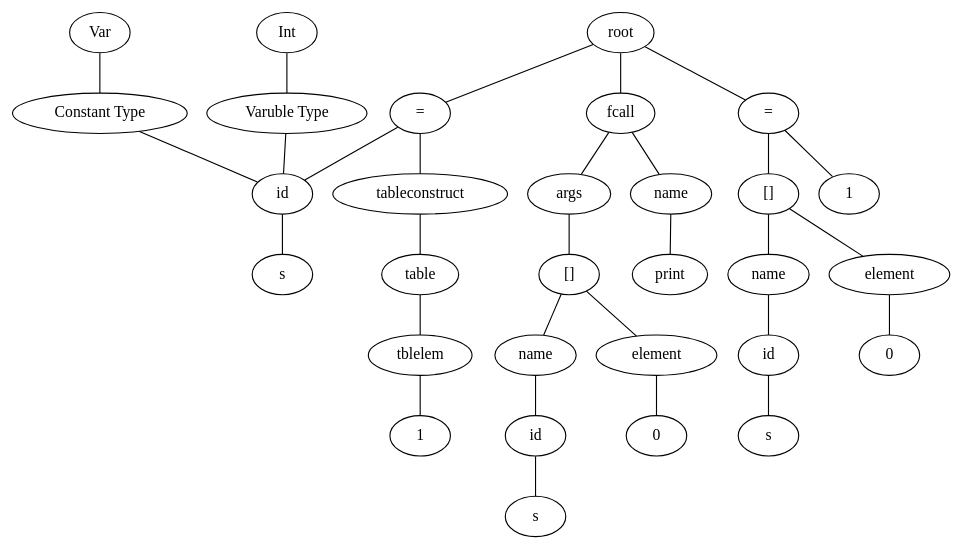
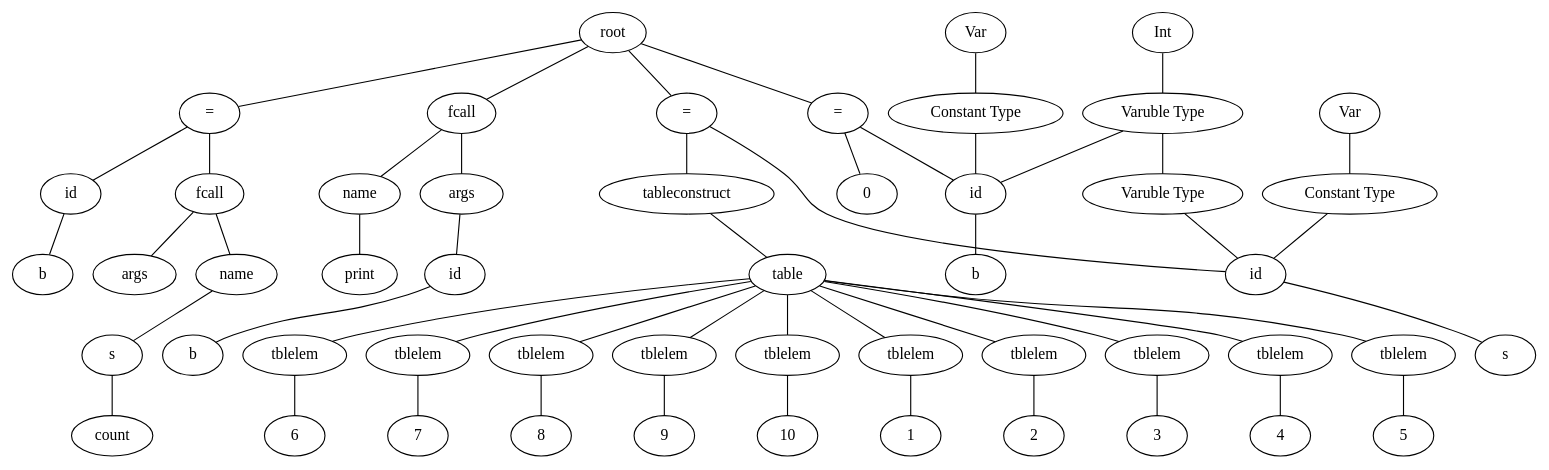
The diagram in build/file.dot (TAIIOK/SwiftCompilerToJavaByteCode), drawn with Graphviz before and after one commit. The commit also changed 15 other files, not shown here.

```diff
--- a/build/file.dot
+++ b/build/file.dot
@@ -1,61 +1,105 @@
 graph graphname {
 root;
 assign0[label = "="];
 root--assign0;
 expr0[label = "id"];
 assign0--expr0;
 type0[label = "Varuble Type"];
 type0--expr0;
 type1[label = "Int"];
 type1--type0;
 consttype0[label = "Constant Type"];
 consttype0--expr0;
 consttype1[label = "Var"];
 consttype1--consttype0;
 expr1[label = "s"];
 expr0--expr1;
 expr2[label = "tableconstruct"];
 assign0--expr2;
 table0[label = "table"];
 expr2--table0;
 table00[label = "tblelem"];
 table0--table00;
 expr3[label = "1"];
 table00--expr3;
+table01[label = "tblelem"];
+table0--table01;
+expr4[label = "2"];
+table01--expr4;
+table02[label = "tblelem"];
+table0--table02;
+expr5[label = "3"];
+table02--expr5;
+table03[label = "tblelem"];
+table0--table03;
+expr6[label = "4"];
+table03--expr6;
+table04[label = "tblelem"];
+table0--table04;
+expr7[label = "5"];
+table04--expr7;
+table05[label = "tblelem"];
+table0--table05;
+expr8[label = "6"];
+table05--expr8;
+table06[label = "tblelem"];
+table0--table06;
+expr9[label = "7"];
+table06--expr9;
+table07[label = "tblelem"];
+table0--table07;
+expr10[label = "8"];
+table07--expr10;
+table08[label = "tblelem"];
+table0--table08;
+expr11[label = "9"];
+table08--expr11;
+table09[label = "tblelem"];
+table0--table09;
+expr12[label = "10"];
+table09--expr12;
 assign1[label = "="];
 root--assign1;
-expr4[label = "[]"];
-assign1--expr4;
-expr4name[label = "name"];
-expr5[label = "id"];
-expr4name--expr5;
-expr6[label = "s"];
-expr5--expr6;
-expr4--expr4name;
-expr4args[label = " element "];
-expr4 -- expr4args;
-expr7[label = "0"];
-expr4args--expr7;
-expr8[label = "1"];
-assign1--expr8;
-expr9[label = "fcall"];
-root--expr9;
-expr9name[label = "name"];
-expr10[label = "print"];
-expr9name--expr10;
-expr9--expr9name;
-expr9args[label = " args "];
-expr9 -- expr9args;
-expr11[label = "[]"];
-expr9args--expr11;
-expr11name[label = "name"];
-expr12[label = "id"];
-expr11name--expr12;
-expr13[label = "s"];
-expr12--expr13;
-expr11--expr11name;
-expr11args[label = " element "];
-expr11 -- expr11args;
-expr14[label = "0"];
-expr11args--expr14;
+expr13[label = "id"];
+assign1--expr13;
+type1[label = "Varuble Type"];
+type1--expr13;
+type2[label = "Int"];
+type2--type1;
+consttype2[label = "Constant Type"];
+consttype2--expr13;
+consttype3[label = "Var"];
+consttype3--consttype2;
+expr14[label = "b"];
+expr13--expr14;
+expr15[label = "0"];
+assign1--expr15;
+assign2[label = "="];
+root--assign2;
+expr16[label = "id"];
+assign2--expr16;
+expr17[label = "b"];
+expr16--expr17;
+expr18[label = "fcall"];
+assign2--expr18;
+expr18name[label = "name"];
+expr19[label = "s"];
+expr18name--expr19;
+expr20[label = "count"];
+expr19--expr20;
+expr18--expr18name;
+expr18args[label = " args "];
+expr18 -- expr18args;
+expr21[label = "fcall"];
+root--expr21;
+expr21name[label = "name"];
+expr22[label = "print"];
+expr21name--expr22;
+expr21--expr21name;
+expr21args[label = " args "];
+expr21 -- expr21args;
+expr23[label = "id"];
+expr21args--expr23;
+expr24[label = "b"];
+expr23--expr24;
 }
```
